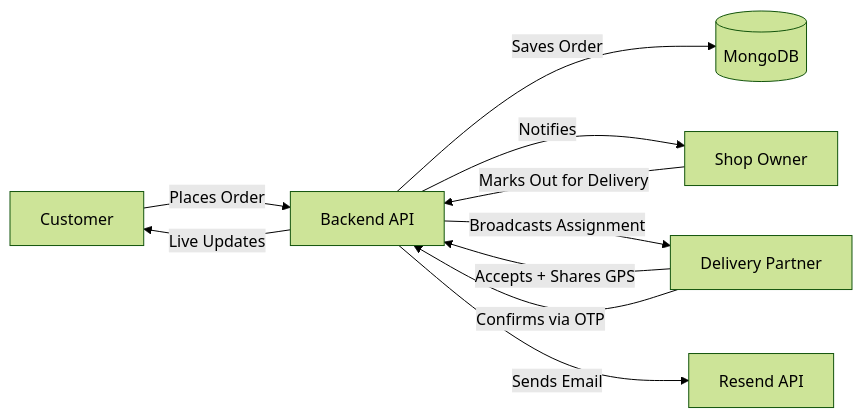
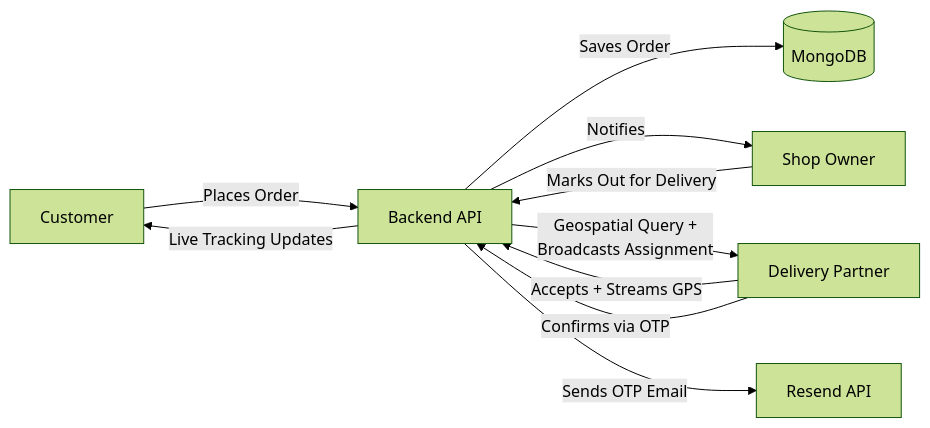
One commit to Biswajitpa/Vingo changed the diagram in README.md. Above: the diagram before and after it, drawn with Mermaid (forest theme). The commit also changed other lines of this file, not shown here.

````diff
--- a/README.md
+++ b/README.md
@@ -203,12 +231,12 @@
 ```mermaid
 flowchart LR
     A[Customer] -->|Places Order| B[Backend API]
     B -->|Saves Order| C[(MongoDB)]
     B -->|Notifies| D[Shop Owner]
     D -->|Marks Out for Delivery| B
-    B -->|Broadcasts Assignment| E[Delivery Partner]
-    E -->|Accepts + Shares GPS| B
-    B -->|Live Updates| A
+    B -->|Geospatial Query +<br/>Broadcasts Assignment| E[Delivery Partner]
+    E -->|Accepts + Streams GPS| B
+    B -->|Live Tracking Updates| A
     E -->|Confirms via OTP| B
-    B -->|Sends Email| F[Resend API]
+    B -->|Sends OTP Email| F[Resend API]
 ```
````
